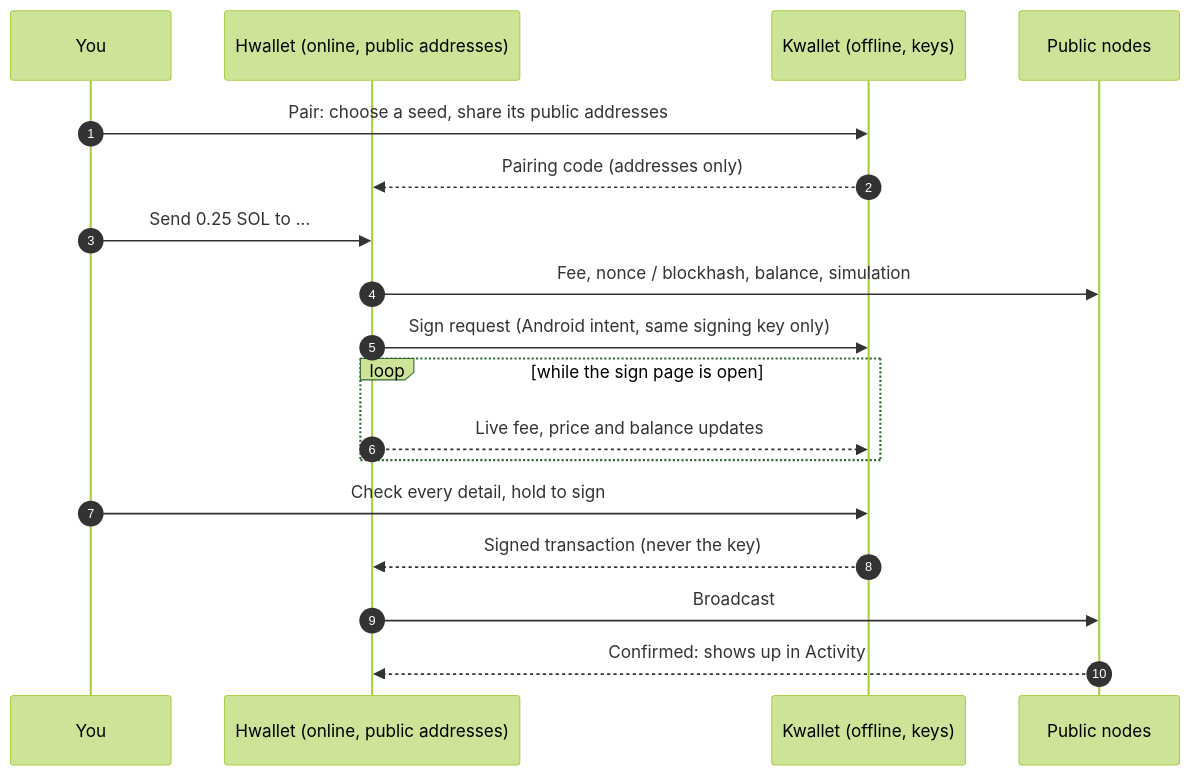
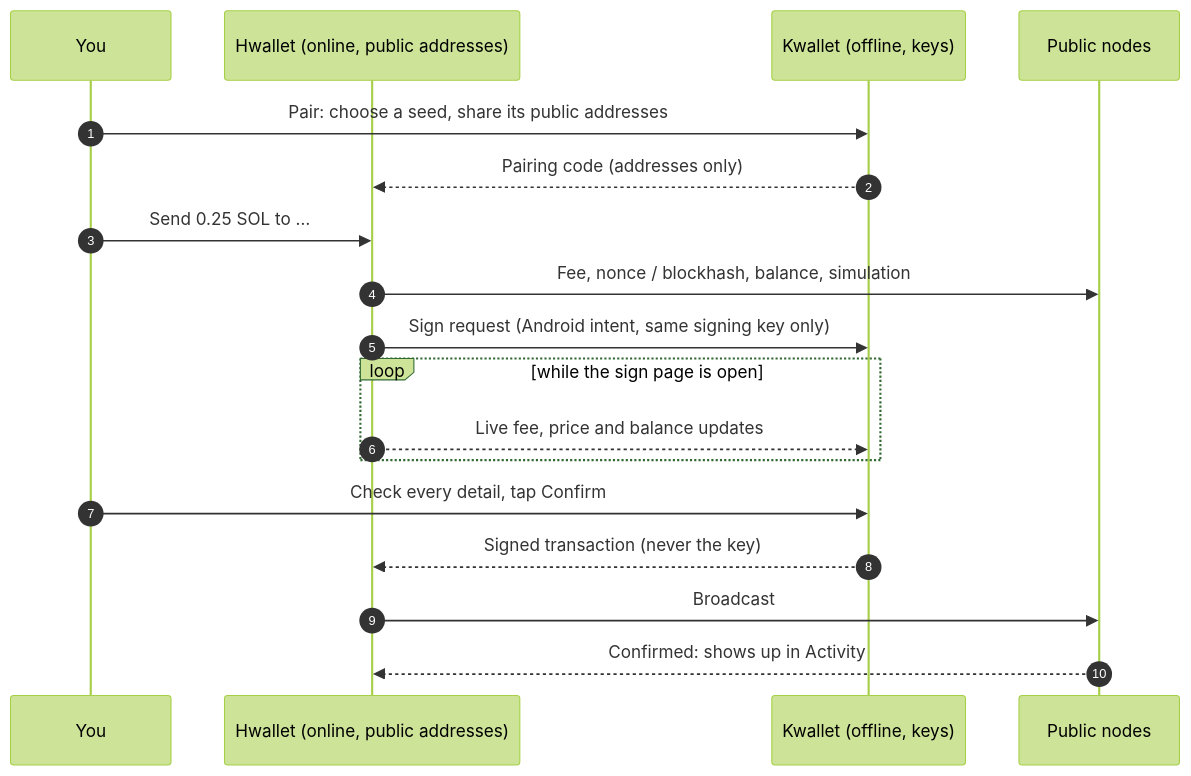
Before and after one commit to 0xkabeno/Kwallet: the diagram in README.md, drawn with Mermaid (forest theme). The commit also changed other lines of this file and 3 other files, not shown here.

````diff
--- a/README.md
+++ b/README.md
@@ -34,20 +34,20 @@
 ```mermaid
 sequenceDiagram
     autonumber
     participant U as You
     participant H as Hwallet (online, public addresses)
     participant K as Kwallet (offline, keys)
     participant N as Public nodes
     U->>K: Pair: choose a seed, share its public addresses
     K-->>H: Pairing code (addresses only)
     U->>H: Send 0.25 SOL to …
     H->>N: Fee, nonce / blockhash, balance, simulation
     H->>K: Sign request (Android intent, same signing key only)
     loop while the sign page is open
         H-->>K: Live fee, price and balance updates
     end
-    U->>K: Check every detail, hold to sign
+    U->>K: Check every detail, tap Confirm
     K-->>H: Signed transaction (never the key)
     H->>N: Broadcast
     N-->>H: Confirmed: shows up in Activity
 ```
````
